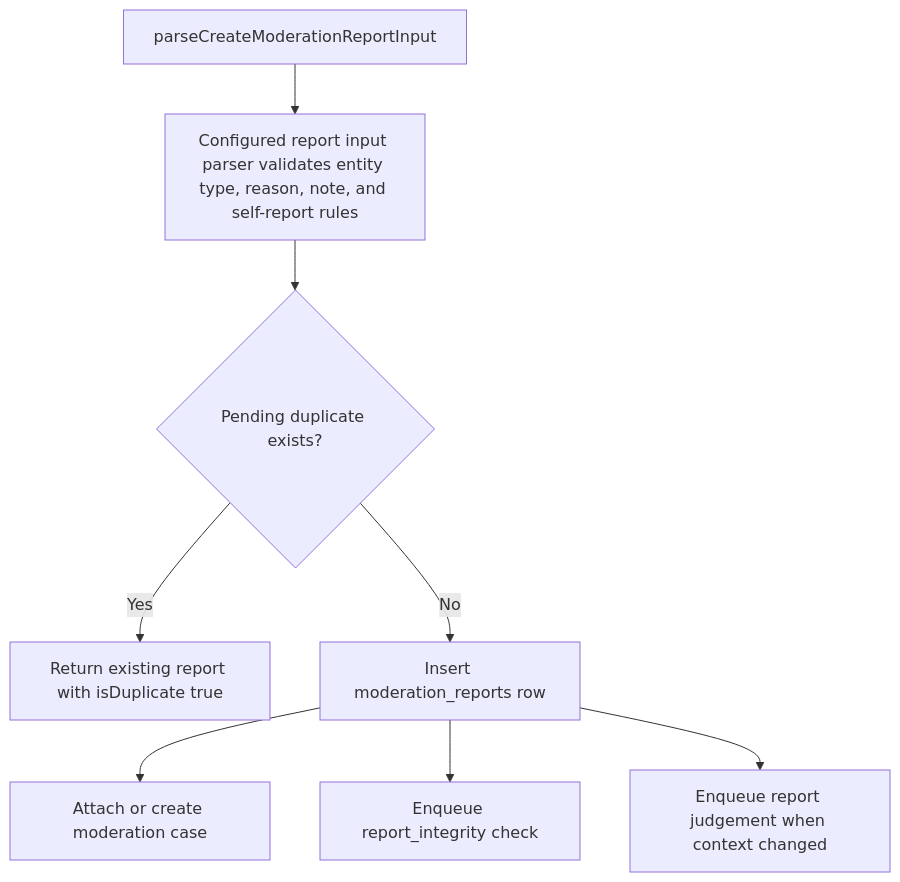
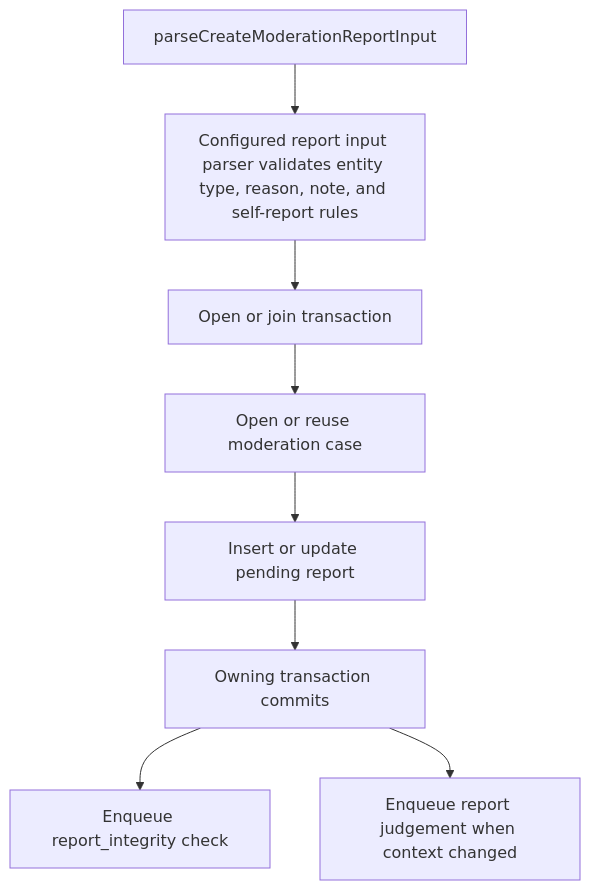
The diagram in docs/overview/architecture/services/moderation-reports/README.md (vouchington/vouchington), drawn with Mermaid before and after one commit. The commit also changed other lines of this file and 22 other files, not shown here.

First line of the commit message:
fix(moderation): keep case writes in create transactions

````diff
--- a/docs/overview/architecture/services/moderation-reports/README.md
+++ b/docs/overview/architecture/services/moderation-reports/README.md
@@ -35,10 +35,10 @@
 ```mermaid
 flowchart TD
   input[parseCreateModerationReportInput] --> validate[Configured report input parser validates entity type, reason, note, and self-report rules]
-  validate --> duplicate{Pending duplicate exists?}
-  duplicate -- Yes --> existing[Return existing report with isDuplicate true]
-  duplicate -- No --> insert[Insert moderation_reports row]
-  insert --> case[Attach or create moderation case]
-  insert --> integrity[Enqueue report_integrity check]
-  insert --> judgement[Enqueue report judgement when context changed]
+  validate --> transaction[Open or join transaction]
+  transaction --> case[Open or reuse moderation case]
+  case --> insert[Insert or update pending report]
+  insert --> commit[Owning transaction commits]
+  commit --> integrity[Enqueue report_integrity check]
+  commit --> judgement[Enqueue report judgement when context changed]
 ```
````
